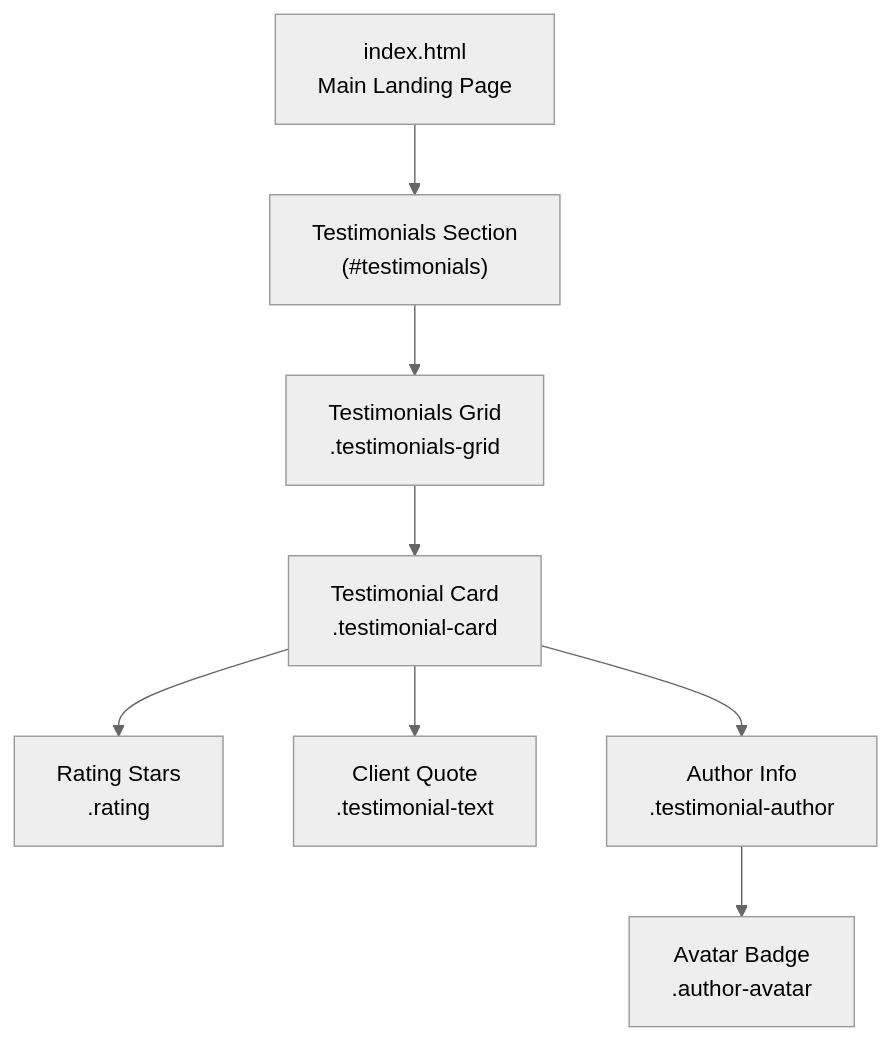
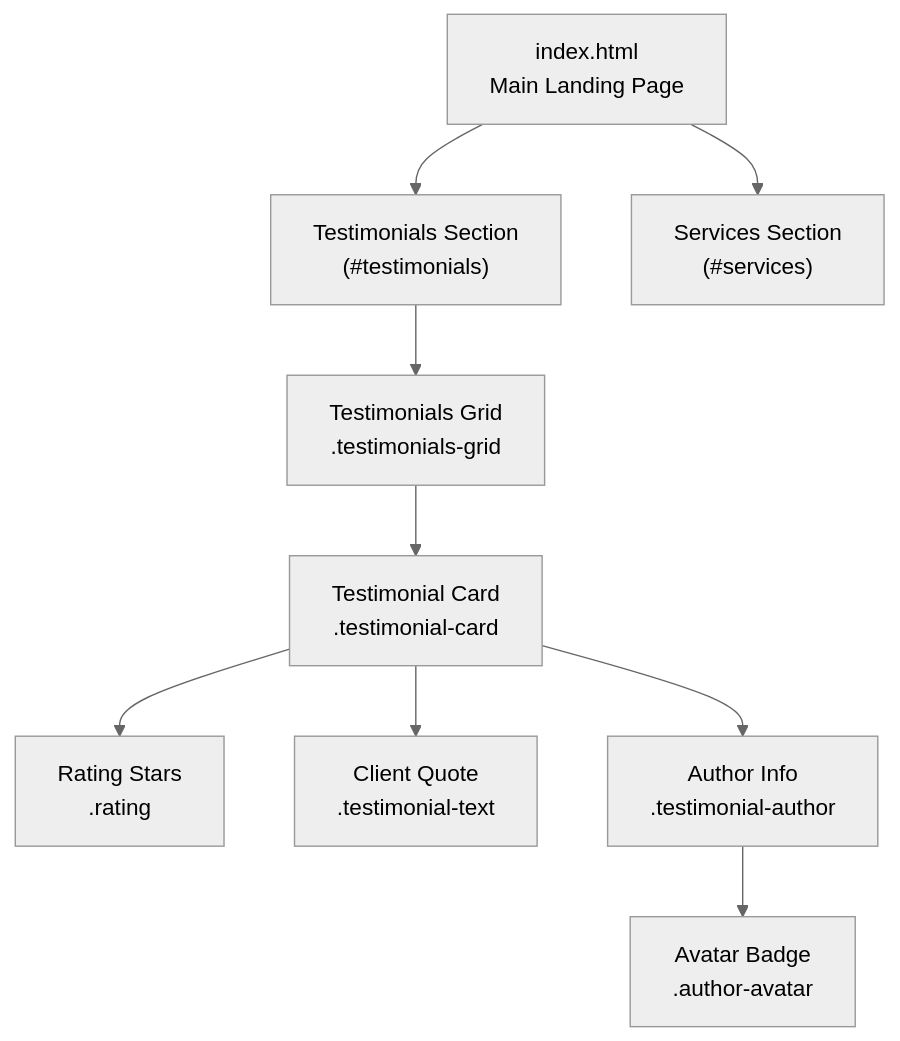
One commit to lynchip/graduates changed the first of 3 diagrams in .qoder/repowiki/en/content/Core Features/Service Showcase/Testimonials Section.md. Above: the diagram before and after it, drawn with Mermaid (neutral theme). The commit also changed other lines of this file and 12 other files, not shown here.

````diff
--- a/.qoder/repowiki/en/content/Core Features/Service Showcase/Testimonials Section.md
+++ b/.qoder/repowiki/en/content/Core Features/Service Showcase/Testimonials Section.md
@@ -35,10 +38,11 @@
 ```mermaid
 graph TB
 IndexHTML["index.html<br/>Main Landing Page"] --> TestimonialsSection["Testimonials Section<br/>(#testimonials)"]
 TestimonialsSection --> TestimonialsGrid["Testimonials Grid<br/>.testimonials-grid"]
 TestimonialsGrid --> TestimonialCard["Testimonial Card<br/>.testimonial-card"]
 TestimonialCard --> Rating["Rating Stars<br/>.rating"]
 TestimonialCard --> Quote["Client Quote<br/>.testimonial-text"]
 TestimonialCard --> Author["Author Info<br/>.testimonial-author"]
 Author --> Avatar["Avatar Badge<br/>.author-avatar"]
+IndexHTML --> ServicesSection["Services Section<br/>(#services)"]
 ```
````
